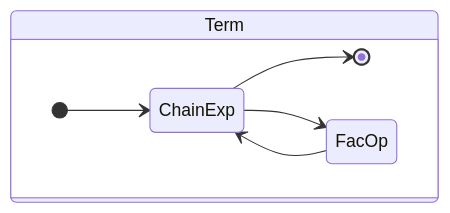
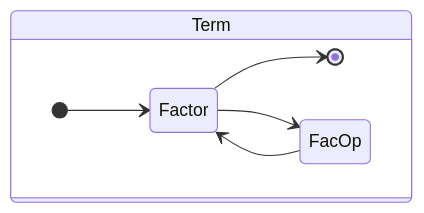
Before and after one commit to coszio/gucci-lang: diagram 21 of 35 in docs/syntax/syntax.md, drawn with Mermaid. The commit also changed other lines of this file and 2 other files, not shown here.

````diff
--- a/docs/syntax/syntax.md
+++ b/docs/syntax/syntax.md
@@ -230,10 +245,10 @@
 ```mermaid
 stateDiagram-v2
 state Term {
   direction LR
-  [*] --> ChainExp
-  ChainExp --> [*]
-  ChainExp --> FacOp
-  FacOp --> ChainExp
+  [*] --> Factor
+  Factor --> [*]
+  Factor --> FacOp
+  FacOp --> Factor
 }
 ```
````
